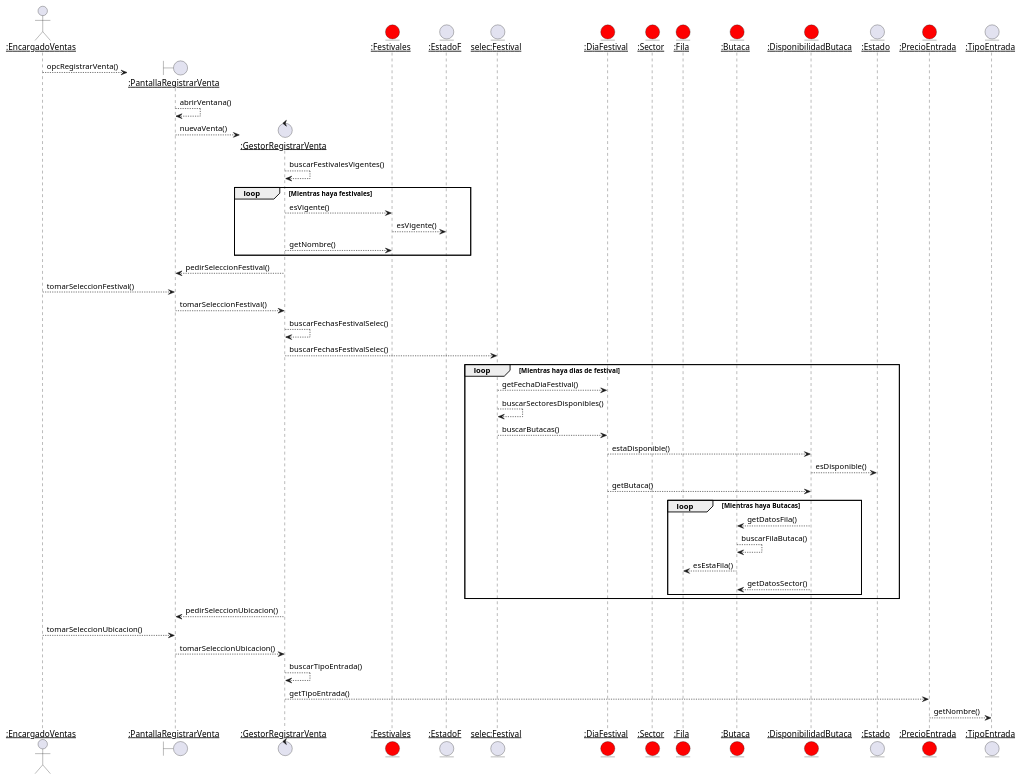
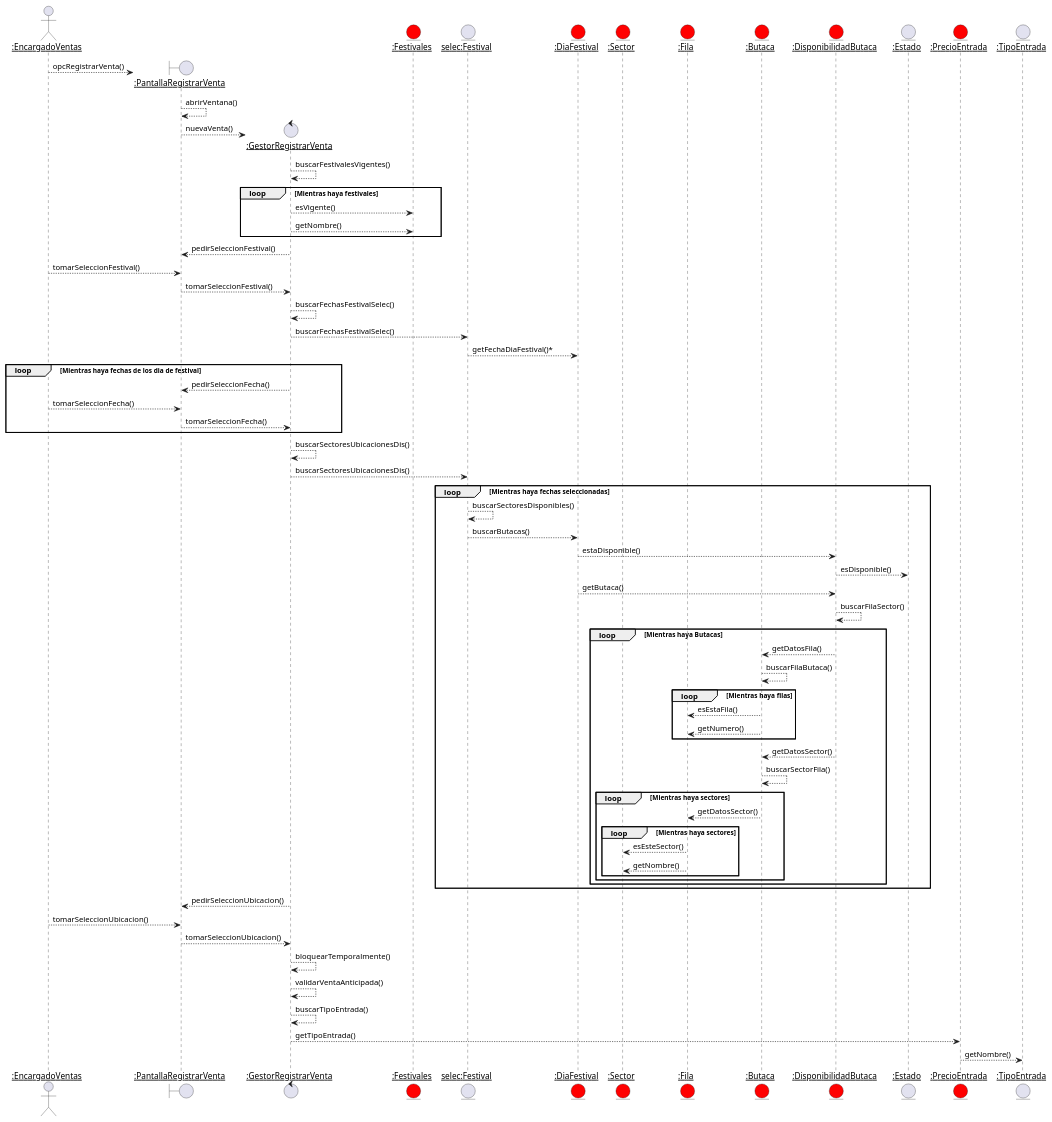
One commit to IgnacioSala20/Diagramas changed the diagram in Folklore/VentaEntradas/secuencia.puml. Above: the diagram before and after it, drawn with PlantUML. The commit also changed 12 other files, not shown here.

```diff
--- a/Folklore/VentaEntradas/secuencia.puml
+++ b/Folklore/VentaEntradas/secuencia.puml
@@ -1,64 +1,88 @@
 @startuml secuencia 
 
 actor "__:EncargadoVentas__" as EV
 
 create boundary "__:PantallaRegistrarVenta__" as PRV 
 
 EV --> PRV : opcRegistrarVenta()
 PRV --> PRV : abrirVentana()
 create control "__:GestorRegistrarVenta__" as GRV 
 PRV --> GRV : nuevaVenta()
 
 GRV --> GRV : buscarFestivalesVigentes()
 entity "__:Festivales__" as F #red
-entity "__:EstadoF__" as EF
 group loop [Mientras haya festivales]
     GRV --> F : esVigente()
-    F --> EF : esVigente()
     GRV --> F : getNombre()
 end
 
 GRV --> PRV : pedirSeleccionFestival()
 EV --> PRV : tomarSeleccionFestival()
 
 PRV --> GRV : tomarSeleccionFestival()
 entity "__selec:Festival__" as SF 
 GRV --> GRV : buscarFechasFestivalSelec()
 GRV --> SF : buscarFechasFestivalSelec()
 entity "__:DiaFestival__" as DF #red
 entity "__:Sector__" as S #red
 entity "__:Fila__" as Fila #red
 entity "__:Butaca__" as B #red
 entity "__:DisponibilidadButaca__" as DB #red
 entity "__:Estado__" as E 
-group loop [Mientras haya dias de festival]
-    SF --> DF : getFechaDiaFestival()
+
+SF --> DF : getFechaDiaFestival()*
+group loop [Mientras haya fechas de los dia de festival]
+    GRV --> PRV : pedirSeleccionFecha()
+    EV --> PRV : tomarSeleccionFecha()
+    PRV --> GRV : tomarSeleccionFecha()
+end
+GRV --> GRV : buscarSectoresUbicacionesDis()
+GRV --> SF : buscarSectoresUbicacionesDis()
+group loop [Mientras haya fechas seleccionadas]
     SF --> SF : buscarSectoresDisponibles()
     SF --> DF : buscarButacas()
     DF --> DB : estaDisponible()
     DB --> E : esDisponible()
     DF --> DB :getButaca()
-
+    DB --> DB : buscarFilaSector()
     group loop [Mientras haya Butacas]
         DB --> B : getDatosFila()
         B --> B : buscarFilaButaca()
-        B --> Fila: esEstaFila()
+        group loop [Mientras haya filas]
+            B --> Fila: esEstaFila()
+            B --> Fila : getNumero()
+        end
         DB -->B: getDatosSector()
+        B --> B : buscarSectorFila()
+        group loop [Mientras haya sectores]
+            B --> Fila : getDatosSector()
+            group loop [Mientras haya sectores]
+                Fila --> S : esEsteSector()
+                Fila --> S : getNombre()
+            end
+        end
+
     end
 end
 GRV --> PRV : pedirSeleccionUbicacion()
 EV --> PRV : tomarSeleccionUbicacion()
 PRV --> GRV : tomarSeleccionUbicacion()
+
+GRV --> GRV : bloquearTemporalmente()
+GRV --> GRV : validarVentaAnticipada()
+
+
+
 
 entity "__:PrecioEntrada__" as PE #red
 entity "__:TipoEntrada__" as TE
 GRV --> GRV : buscarTipoEntrada()
 GRV --> PE : getTipoEntrada()
 PE --> TE : getNombre()
 
 
 
 
 
 
 @enduml
```
